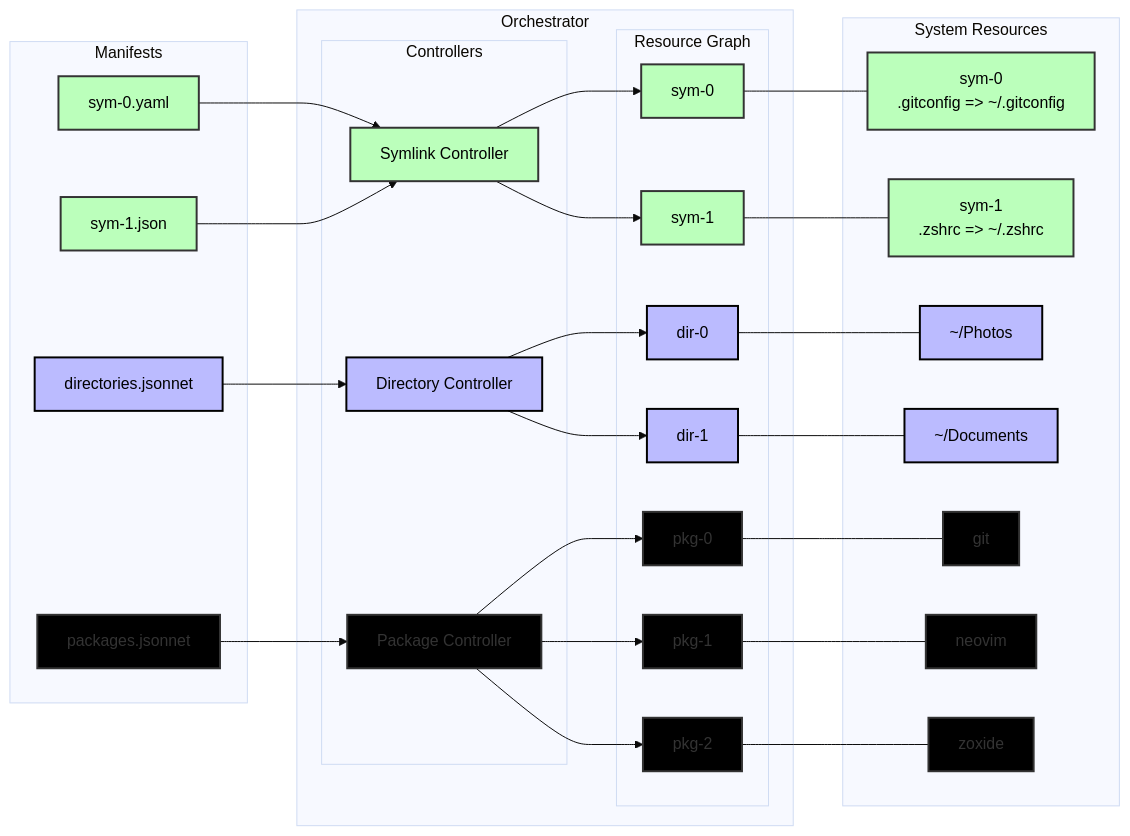
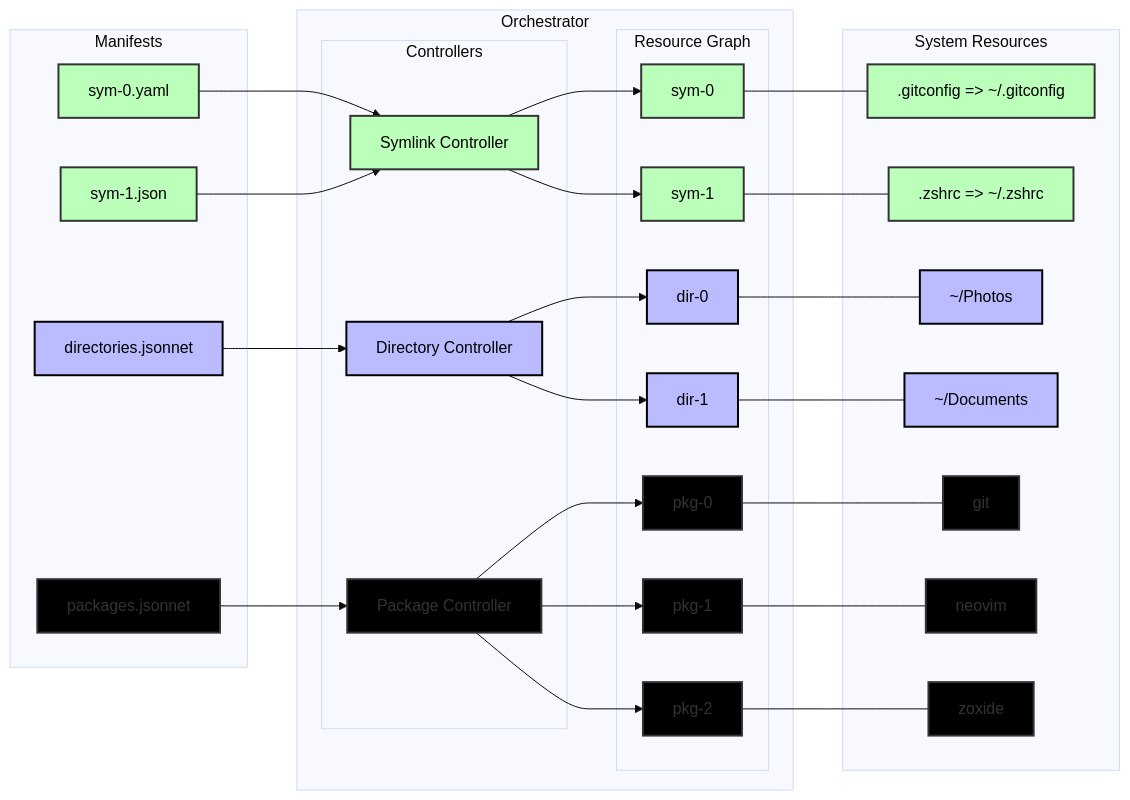
Before and after one commit to arcadia-de/hypha: the diagram in README.md, drawn with Mermaid (base theme).

Commit message:
docs(README): 📚 cleanup README diagram

````diff
--- a/README.md
+++ b/README.md
@@ -11,64 +11,64 @@
 ```mermaid
 flowchart LR
     subgraph MANIFESTS["Manifests"]
         MAN0["sym-0.yaml"]
         MAN1["sym-1.json"]
         MAN2["directories.jsonnet"]
         MAN3["packages.jsonnet"]
     end
 
     subgraph ORCHESTRATOR["Orchestrator"]
         subgraph CONTROLLERS["Controllers"]
             SYM_CONTROLLER["Symlink Controller"]
             DIR_CONTROLLER["Directory Controller"]
             PKG_CONTROLLER["Package Controller"]
         end
 
         subgraph RESOURCE_GRAPH["Resource Graph"]
             RES0["sym-0"]
             RES1["sym-1"]
 
             RES2["dir-0"]
             RES3["dir-1"]
 
             RES4["pkg-0"]
             RES5["pkg-1"]
             RES6["pkg-2"]
         end
     end
 
     MAN0 & MAN1 --> SYM_CONTROLLER
     MAN2 --> DIR_CONTROLLER
     MAN3 --> PKG_CONTROLLER
     SYM_CONTROLLER --> RES0 & RES1
     DIR_CONTROLLER --> RES2 & RES3
     PKG_CONTROLLER --> RES4 & RES5 & RES6
 
     RES0 --- SYM0
     RES1 --- SYM1
 
     RES2 --- DIR0
     RES3 --- DIR1
 
     RES4 --- PKG0
     RES5 --- PKG1
     RES6 --- PKG2
     subgraph SYSTEM["System Resources"]
-        SYM0["sym-0<br/>.gitconfig => ~/.gitconfig"]
-        SYM1["sym-1<br/>.zshrc => ~/.zshrc"]
+        SYM0[".gitconfig => ~/.gitconfig"]
+        SYM1[".zshrc => ~/.zshrc"]
 
         DIR0["~/Photos"]
         DIR1["~/Documents"]
 
         PKG0["git"]
         PKG1["neovim"]
         PKG2["zoxide"]
     end
 
     classDef pkg fill:#000,stroke:#333,stroke-width:2px;
     classDef dir fill:#bbf,stroke:#000,color:#000,stroke-width:2px;
     classDef sym fill:#bfb,stroke:#333,color:#000,stroke-width:2px;
     class PKG0,PKG1,PKG2,RES4,RES5,RES6,MAN3,PKG_CONTROLLER pkg;
     class DIR0,DIR1,RES2,RES3,MAN2,DIR_CONTROLLER dir;
     class SYM0,SYM1,RES0,RES1,MAN0,MAN1,SYM_CONTROLLER sym;
 ```
````
